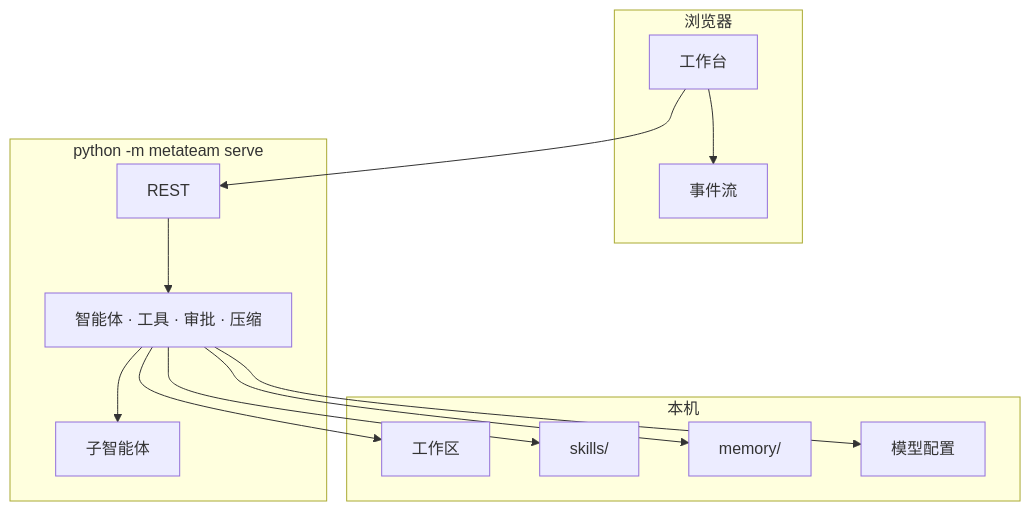
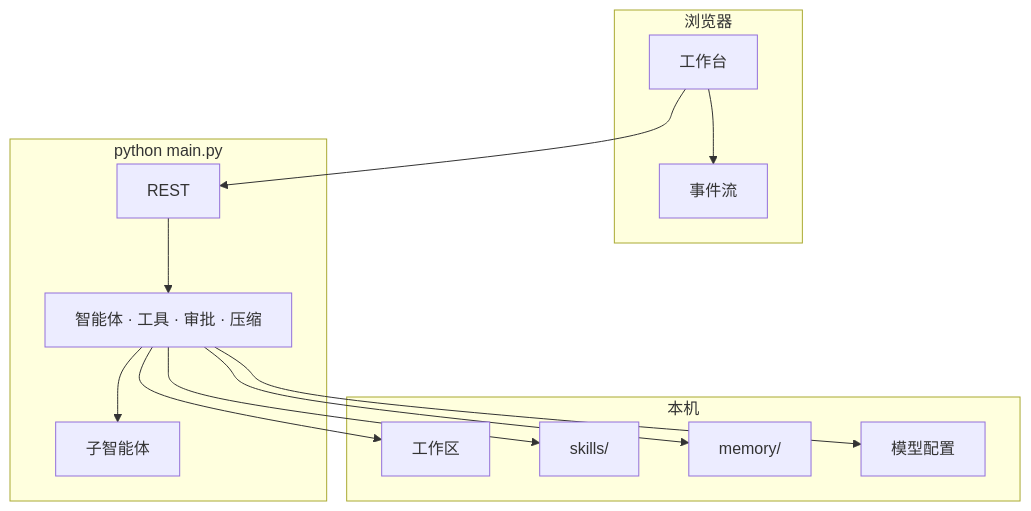
Before and after one commit to GQQI/Sidekick: the diagram in README.md, drawn with Mermaid. The commit also changed other lines of this file and 95 other files, not shown here.

````diff
--- a/README.md
+++ b/README.md
@@ -96,26 +96,26 @@
 ```mermaid
 flowchart TB
   subgraph Client["浏览器"]
     UI["工作台"]
     SSE["事件流"]
   end
-  subgraph Server["python -m metateam serve"]
+  subgraph Server["python main.py"]
     API["REST"]
     Agent["智能体 · 工具 · 审批 · 压缩"]
     Child["子智能体"]
   end
   subgraph Disk["本机"]
     WS["工作区"]
     Skills["skills/"]
     Memory["memory/"]
     Model["模型配置"]
   end
   UI --> API
   UI --> SSE
   API --> Agent
   Agent --> Child
   Agent --> WS
   Agent --> Skills
   Agent --> Memory
   Agent --> Model
 ```
````
